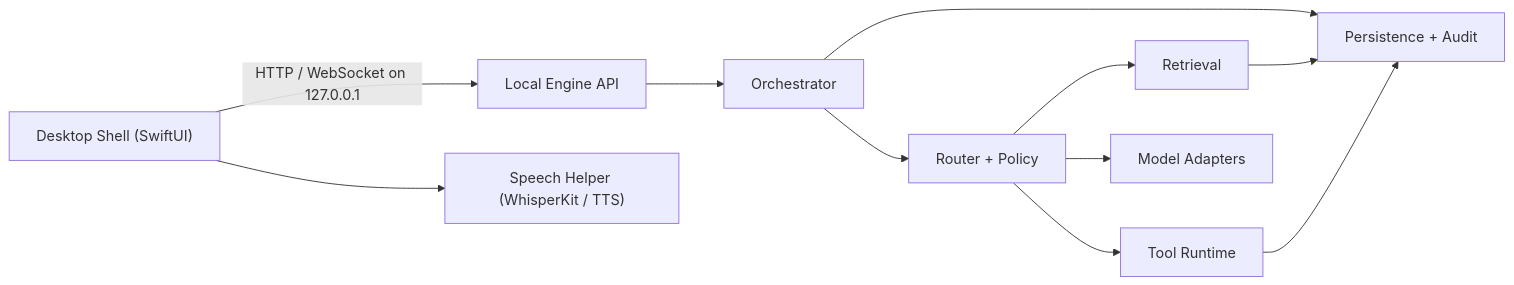
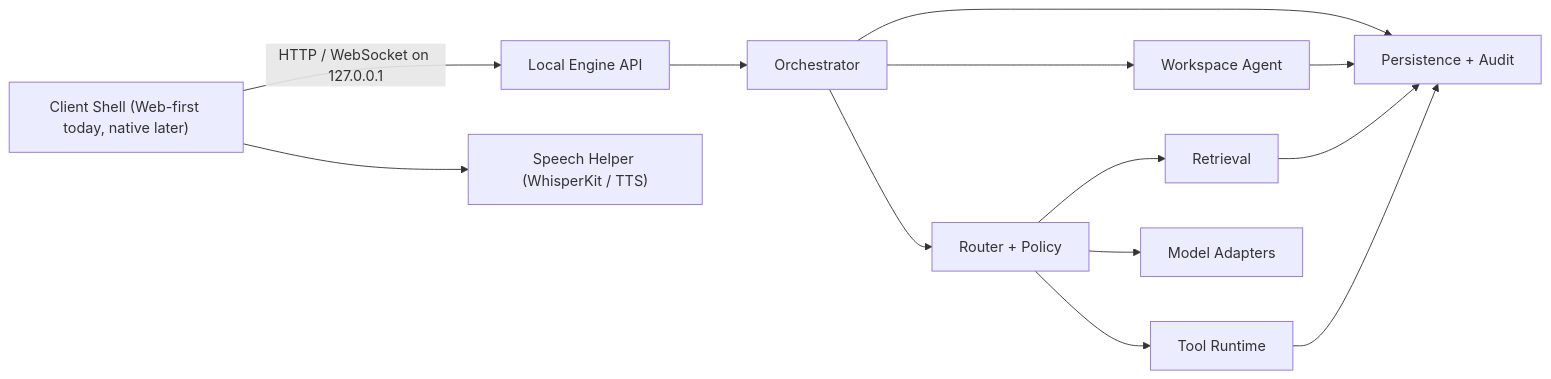
The first of 2 diagrams in offline-field-assistant-v1-technical-architecture.md (CheickDiakite-yikes/gemma-local-expert), drawn with Mermaid before and after one commit. The commit also changed other lines of this file and 28 other files, not shown here.

Commit message:
Add workspace agent runs and approval editing

````diff
--- a/offline-field-assistant-v1-technical-architecture.md
+++ b/offline-field-assistant-v1-technical-architecture.md
@@ -106,13 +112,15 @@
 ```mermaid
 flowchart LR
-    UI["Desktop Shell (SwiftUI)"] -->|HTTP / WebSocket on 127.0.0.1| API["Local Engine API"]
+    UI["Client Shell (Web-first today, native later)"] -->|HTTP / WebSocket on 127.0.0.1| API["Local Engine API"]
     UI --> SPEECH["Speech Helper (WhisperKit / TTS)"]
     API --> ORCH["Orchestrator"]
     ORCH --> ROUTER["Router + Policy"]
+    ORCH --> AGENT["Workspace Agent"]
     ROUTER --> RETR["Retrieval"]
     ROUTER --> TOOLS["Tool Runtime"]
     ROUTER --> MODELS["Model Adapters"]
     ORCH --> STORE["Persistence + Audit"]
+    AGENT --> STORE
     RETR --> STORE
     TOOLS --> STORE
 ```
````
